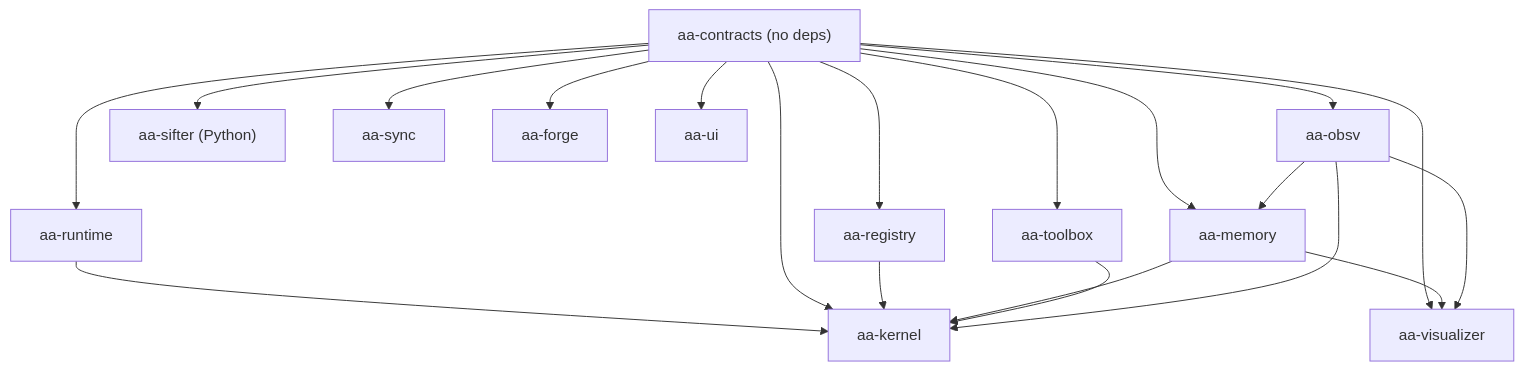
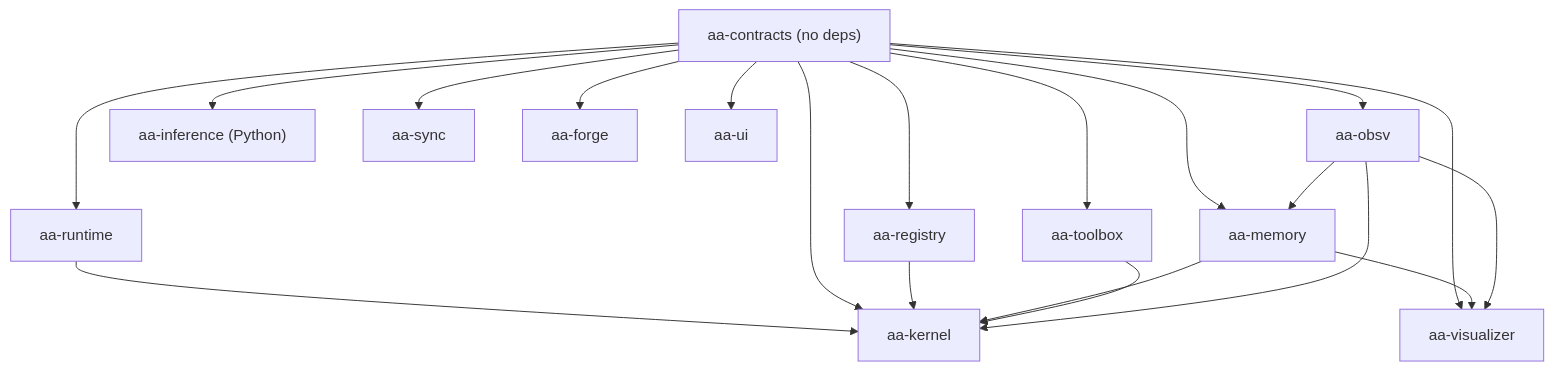
One commit to greadee/aa changed the third of 6 diagrams in docs/architecture/README.md. Above: the diagram before and after it, drawn with Mermaid. The commit also changed other lines of this file and 355 other files, not shown here.

Commit message:
rename sifter to inference under runtime

````diff
--- a/docs/architecture/README.md
+++ b/docs/architecture/README.md
@@ -188,35 +188,35 @@
 ```mermaid
 flowchart TD
     contracts["aa-contracts (no deps)"]
     registry["aa-registry"]
     obsv["aa-obsv"]
     memory["aa-memory"]
-    sifter["aa-sifter (Python)"]
+    inference["aa-inference (Python)"]
     sync["aa-sync"]
     toolbox["aa-toolbox"]
     forge["aa-forge"]
     runtime["aa-runtime"]
     kernel["aa-kernel"]
     visualizer["aa-visualizer"]
     ui["aa-ui"]
 
     contracts --> registry
     contracts --> runtime
     runtime --> kernel
     contracts --> obsv
     contracts --> memory
-    contracts --> sifter
+    contracts --> inference
     contracts --> sync
     contracts --> toolbox
     contracts --> forge
     contracts --> kernel
     contracts --> visualizer
     contracts --> ui
     registry --> kernel
     obsv --> memory
     memory --> kernel
     toolbox --> kernel
     obsv --> kernel
     memory --> visualizer
     obsv --> visualizer
 ```
````
